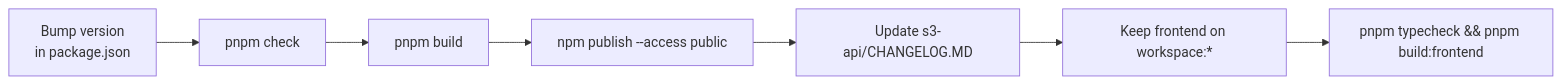
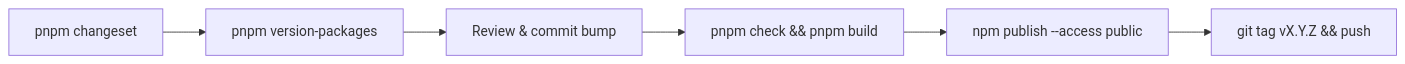
One commit to Opndrive/opndrive changed the diagram in docs/content/maintainers/release-process.md. Above: the diagram before and after it, drawn with Mermaid. The commit also changed other lines of this file and 7 other files, not shown here.

````diff
--- a/docs/content/maintainers/release-process.md
+++ b/docs/content/maintainers/release-process.md
@@ -8,9 +15,8 @@
 ```mermaid
 flowchart LR
-    A[Bump version<br/>in package.json] --> B[pnpm check]
-    B --> C[pnpm build]
-    C --> D[npm publish --access public]
-    D --> E[Update s3-api/CHANGELOG.MD]
-    E --> F["Keep frontend on workspace:*"]
-    F --> G[pnpm typecheck && pnpm build:frontend]
+    A[pnpm changeset] --> B[pnpm version-packages]
+    B --> C[Review & commit bump]
+    C --> D[pnpm check && pnpm build]
+    D --> E[npm publish --access public]
+    E --> F[git tag vX.Y.Z && push]
 ```
````
